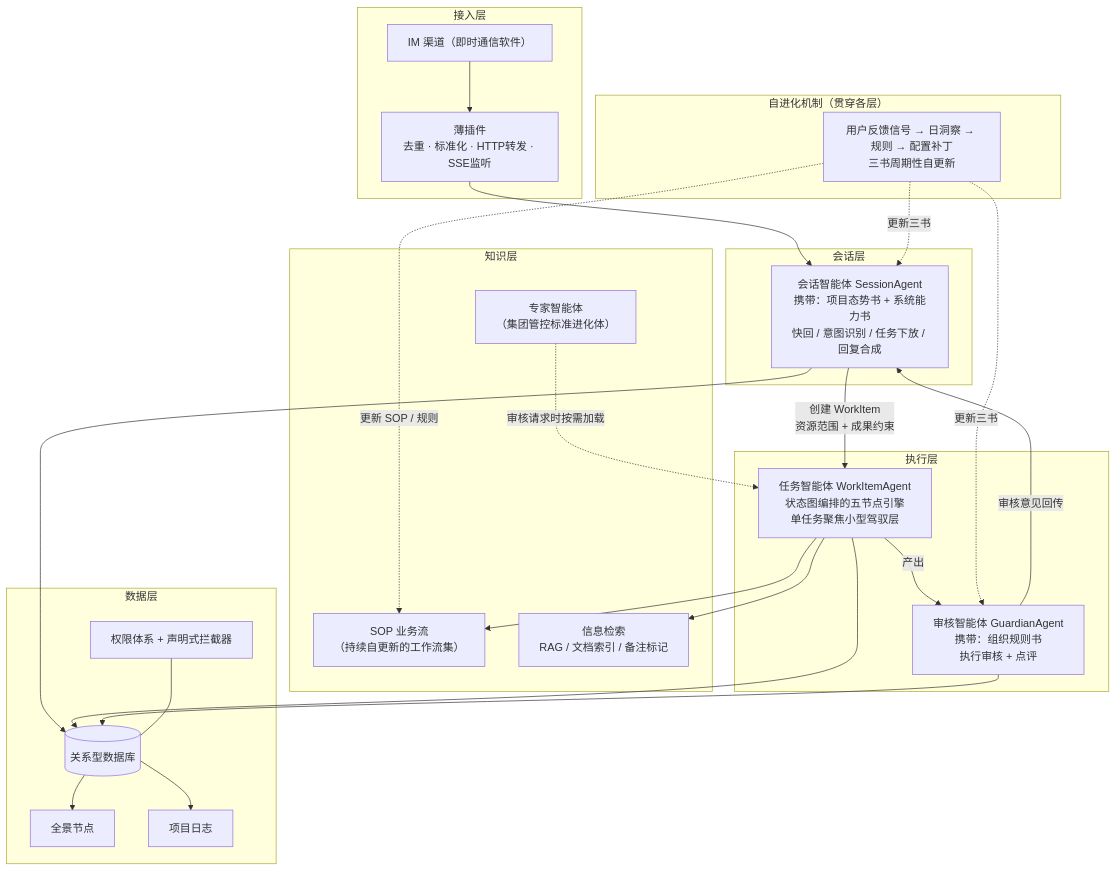
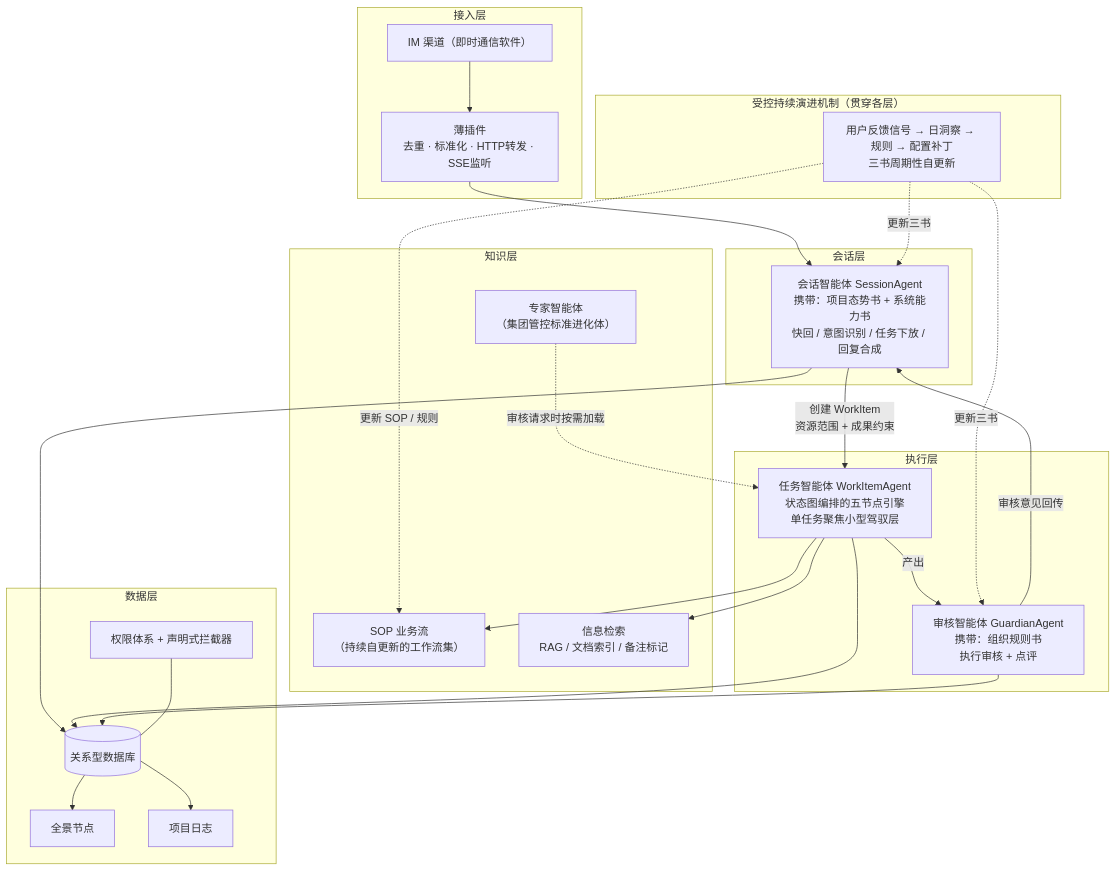
Before and after one commit to Ellyshome/Emily: the second of 6 diagrams in docs/论文类/附图类/图表制作文件.md, drawn with Mermaid. The commit also changed other lines of this file and 59 other files, not shown here.

````diff
--- a/docs/论文类/附图类/图表制作文件.md
+++ b/docs/论文类/附图类/图表制作文件.md
@@ -51,49 +51,49 @@
 ```mermaid
 flowchart TB
     subgraph L1["接入层"]
         IM["IM 渠道（即时通信软件）"]
         PLUGIN["薄插件<br/>去重 · 标准化 · HTTP转发 · SSE监听"]
     end
 
     subgraph L2["会话层"]
         SA["会话智能体 SessionAgent<br/>携带：项目态势书 + 系统能力书<br/>快回 / 意图识别 / 任务下放 / 回复合成"]
     end
 
     subgraph L3["执行层"]
         WA["任务智能体 WorkItemAgent<br/>状态图编排的五节点引擎<br/>单任务聚焦小型驾驭层"]
         GA["审核智能体 GuardianAgent<br/>携带：组织规则书<br/>执行审核 + 点评"]
     end
 
     subgraph L4["知识层"]
         SOP["SOP 业务流<br/>（持续自更新的工作流集）"]
         EXP["专家智能体<br/>（集团管控标准进化体）"]
         RET["信息检索<br/>RAG / 文档索引 / 备注标记"]
     end
 
     subgraph L5["数据层"]
         DB[("关系型数据库")]
         NODE["全景节点"]
         LOG["项目日志"]
         PERM["权限体系 + 声明式拦截器"]
     end
 
-    subgraph L6["自进化机制（贯穿各层）"]
+    subgraph L6["受控持续演进机制（贯穿各层）"]
         EVO["用户反馈信号 → 日洞察 → 规则 → 配置补丁<br/>三书周期性自更新"]
     end
 
     IM --> PLUGIN --> SA
     SA -->|"创建 WorkItem<br/>资源范围 + 成果约束"| WA
     WA -->|"产出"| GA -->|"审核意见回传"| SA
     WA --> SOP
     WA --> RET
     EXP -.->|"审核请求时按需加载"| WA
     SA --> DB
     WA --> DB
     GA --> DB
     DB --> NODE
     DB --> LOG
     PERM --- DB
     EVO -.->|"更新 SOP / 规则"| SOP
     EVO -.->|"更新三书"| SA
     EVO -.->|"更新三书"| GA
 ```
````
